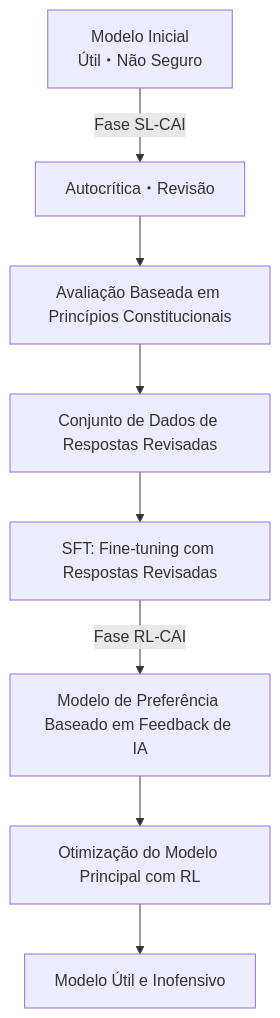
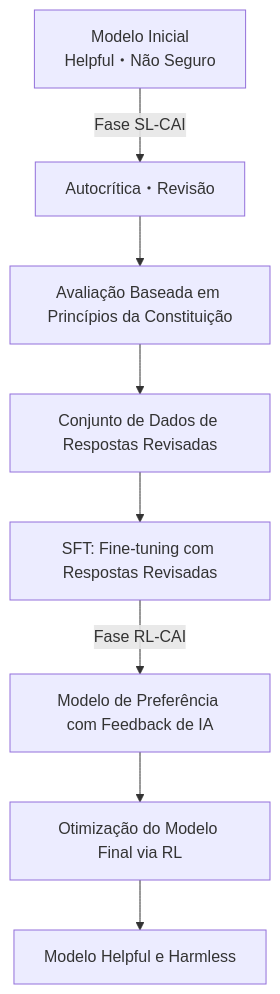
One commit to no-problem-dev/rick-brick-content changed the first of 2 diagrams in articles/pt/2026-03-18-anthropic-constitutional-ai-cc0-open.md. Above: the diagram before and after it, drawn with Mermaid. The commit also changed other lines of this file and 126 other files, not shown here.

````diff
--- a/articles/pt/2026-03-18-anthropic-constitutional-ai-cc0-open.md
+++ b/articles/pt/2026-03-18-anthropic-constitutional-ai-cc0-open.md
@@ -36,10 +28,11 @@
 ```mermaid
 graph TD
-A[Modelo Inicial\nÚtil・Não Seguro] -->|Fase SL-CAI| B[Autocrítica・Revisão]
-B --> C[Avaliação Baseada em Princípios Constitucionais]
-C --> D[Conjunto de Dados de Respostas Revisadas]
-D --> E[SFT: Fine-tuning com Respostas Revisadas]
-E -->|Fase RL-CAI| F[Modelo de Preferência Baseado em Feedback de IA]
-F --> G[Otimização do Modelo Principal com RL]
-G --> H[Modelo Útil e Inofensivo]
+    A[Modelo Inicial
+Helpful・Não Seguro] -->|Fase SL-CAI| B[Autocrítica・Revisão]
+    B --> C[Avaliação Baseada em Princípios da Constituição]
+    C --> D[Conjunto de Dados de Respostas Revisadas]
+    D --> E[SFT: Fine-tuning com Respostas Revisadas]
+    E -->|Fase RL-CAI| F[Modelo de Preferência com Feedback de IA]
+    F --> G[Otimização do Modelo Final via RL]
+    G --> H[Modelo Helpful e Harmless]
 ```
````
